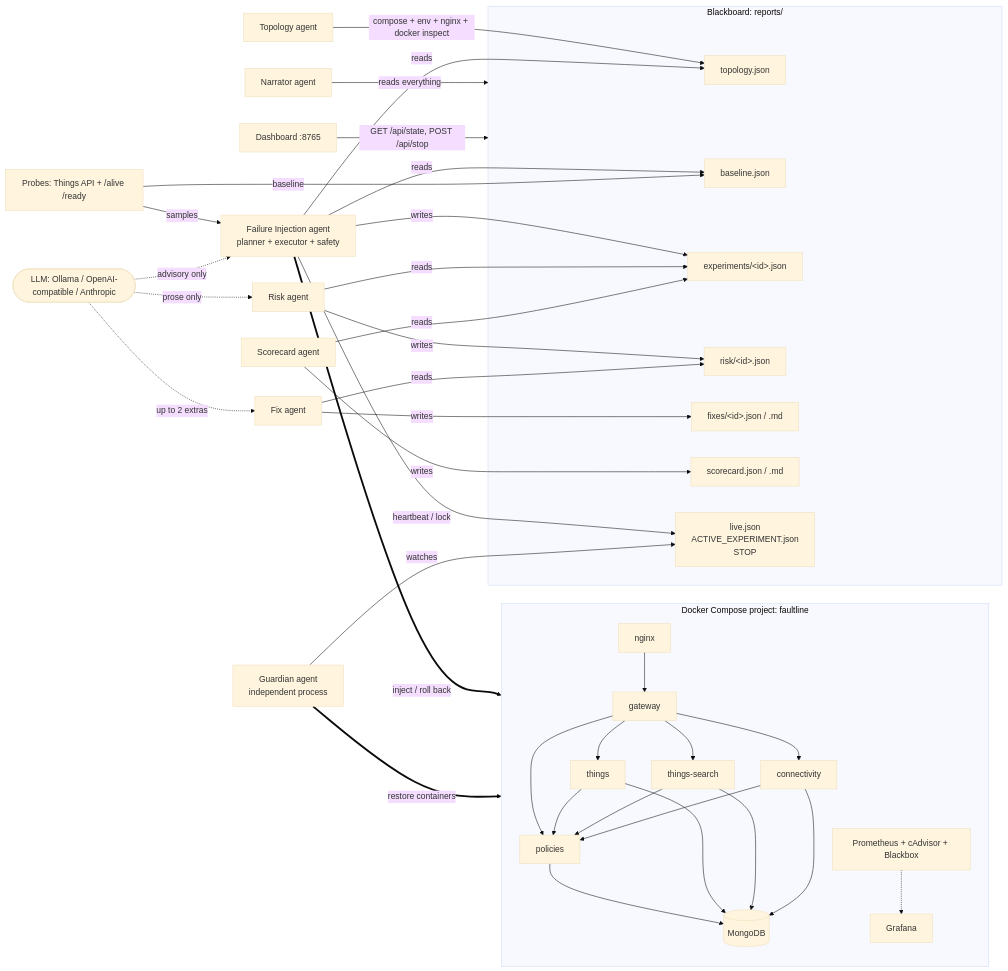
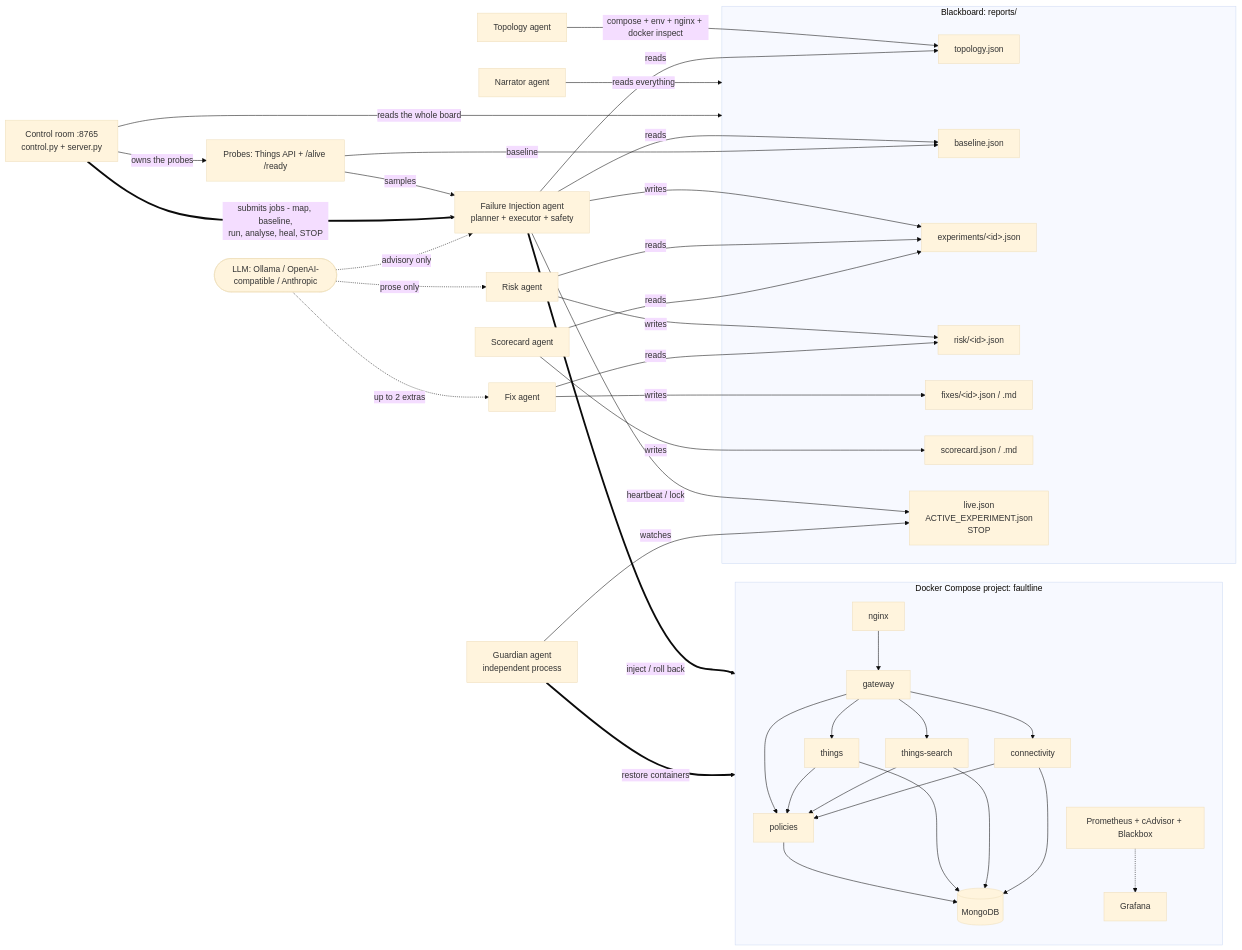
Before and after one commit to InnoxCodes/fault-line: the diagram in README.md, drawn with Mermaid (base theme). The commit also changed other lines of this file and 59 other files, not shown here.

First line of the commit message:
Baseline: in-flight dashboard and onboarding work from the shared checkout

````diff
--- a/README.md
+++ b/README.md
@@ -28,46 +32,48 @@
 ```mermaid
 flowchart LR
     subgraph sandbox["Docker Compose project: faultline"]
         nginx --> gateway --> policies
         gateway --> things --> policies
         gateway --> search["things-search"] --> policies
         gateway --> conn["connectivity"] --> policies
         policies --> mongo[("MongoDB")]
         things --> mongo
         search --> mongo
         conn --> mongo
         prom["Prometheus + cAdvisor + Blackbox"] -.-> grafana["Grafana"]
     end
 
     subgraph bb["Blackboard: reports/"]
         topo["topology.json"]
         base["baseline.json"]
         exp["experiments/&lt;id&gt;.json"]
         risk["risk/&lt;id&gt;.json"]
         fix["fixes/&lt;id&gt;.json / .md"]
         score["scorecard.json / .md"]
         live["live.json<br/>ACTIVE_EXPERIMENT.json<br/>STOP"]
     end
 
     T["Topology agent"] -->|compose + env + nginx + docker inspect| topo
     I["Failure Injection agent<br/>planner + executor + safety"] -->|reads| topo
     I -->|reads| base
     I -->|writes| exp
     I -->|heartbeat / lock| live
     I ==>|inject / roll back| sandbox
     P["Probes: Things API + /alive /ready"] -->|baseline| base
     P -->|samples| I
     R["Risk agent"] -->|reads| exp
     R -->|writes| risk
     F["Fix agent"] -->|reads| risk
     F -->|writes| fix
     S["Scorecard agent"] -->|reads| exp
     S -->|writes| score
     N["Narrator agent"] -->|reads everything| bb
     G["Guardian agent<br/>independent process"] -->|watches| live
     G ==>|restore containers| sandbox
-    D["Dashboard :8765"] -->|GET /api/state, POST /api/stop| bb
+    D["Control room :8765<br/>control.py + server.py"] -->|reads the whole board| bb
+    D ==>|submits jobs - map, baseline,<br/>run, analyse, heal, STOP| I
+    D -->|owns the probes| P
     LLM(["LLM: Ollama / OpenAI-compatible / Anthropic"]) -. advisory only .-> I
     LLM -. prose only .-> R
     LLM -. up to 2 extras .-> F
 ```
````
